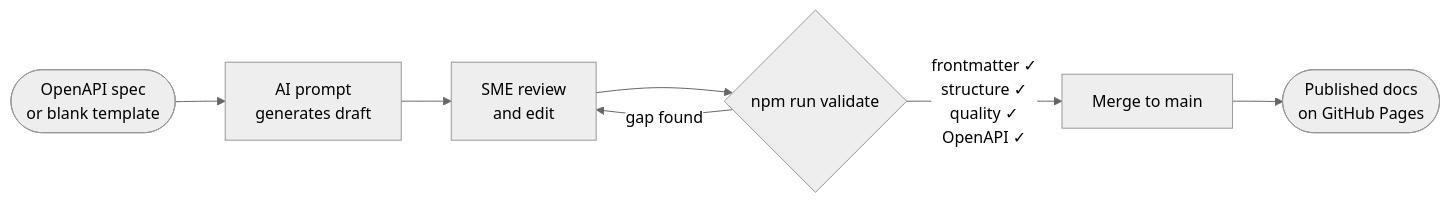
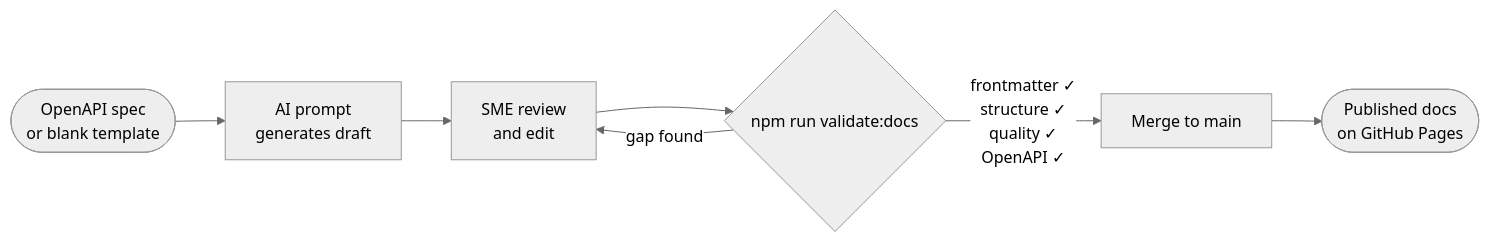
The diagram in README.md (SulagnaSasmal/repodocs-ai), drawn with Mermaid (neutral theme) before and after one commit. The commit also changed other lines of this file and 2 other files, not shown here.

Commit message:
Add tests and document validate:docs

````diff
--- a/README.md
+++ b/README.md
@@ -94,9 +94,9 @@
 ```mermaid
 flowchart LR
     A([OpenAPI spec\nor blank template]) --> B[AI prompt\ngenerates draft]
     B --> C[SME review\nand edit]
-    C --> D{npm run validate}
+    C --> D{npm run validate:docs}
     D -->|frontmatter ✓\nstructure ✓\nquality ✓\nOpenAPI ✓| E[Merge to main]
     D -->|gap found| C
     E --> F([Published docs\non GitHub Pages])
 ```
````
